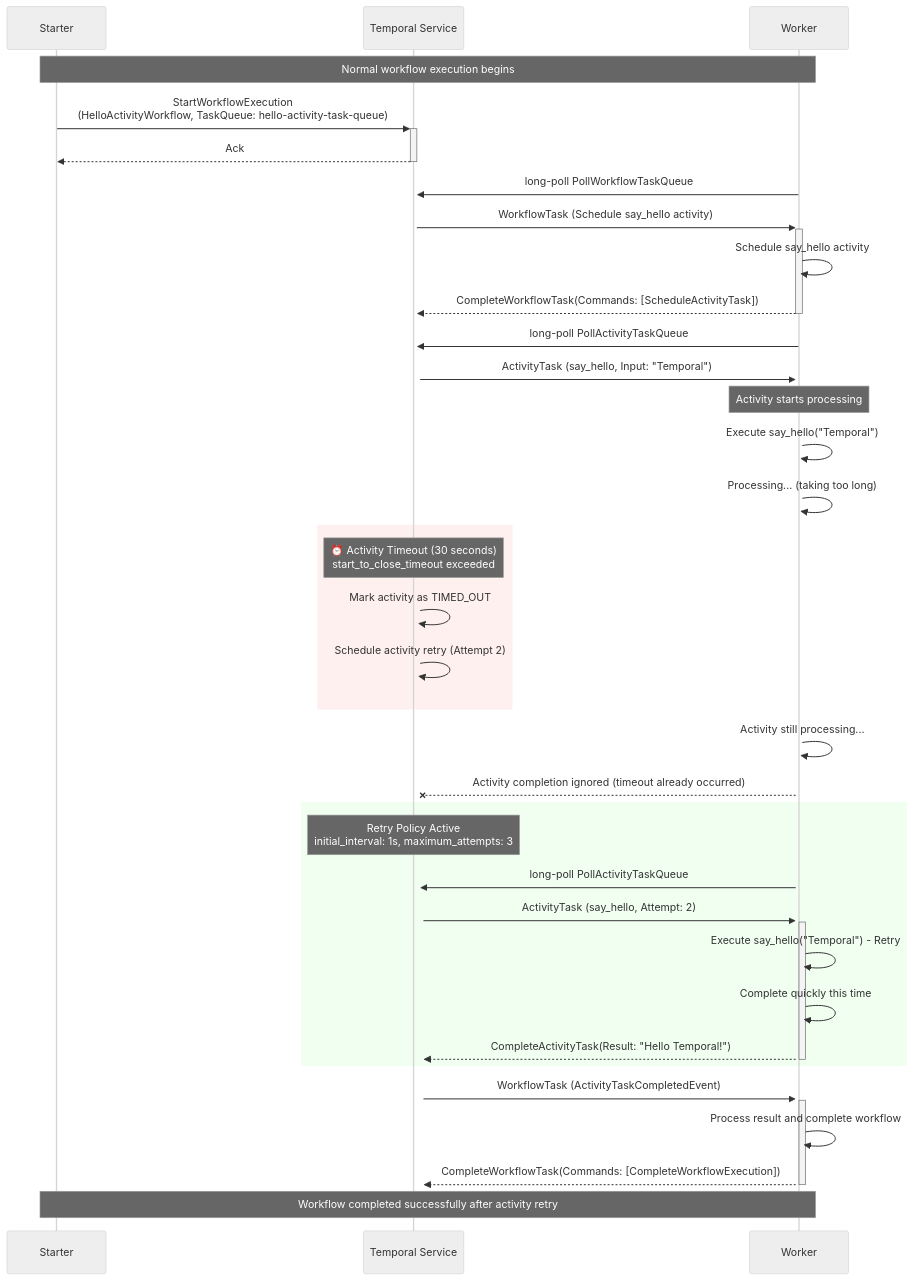
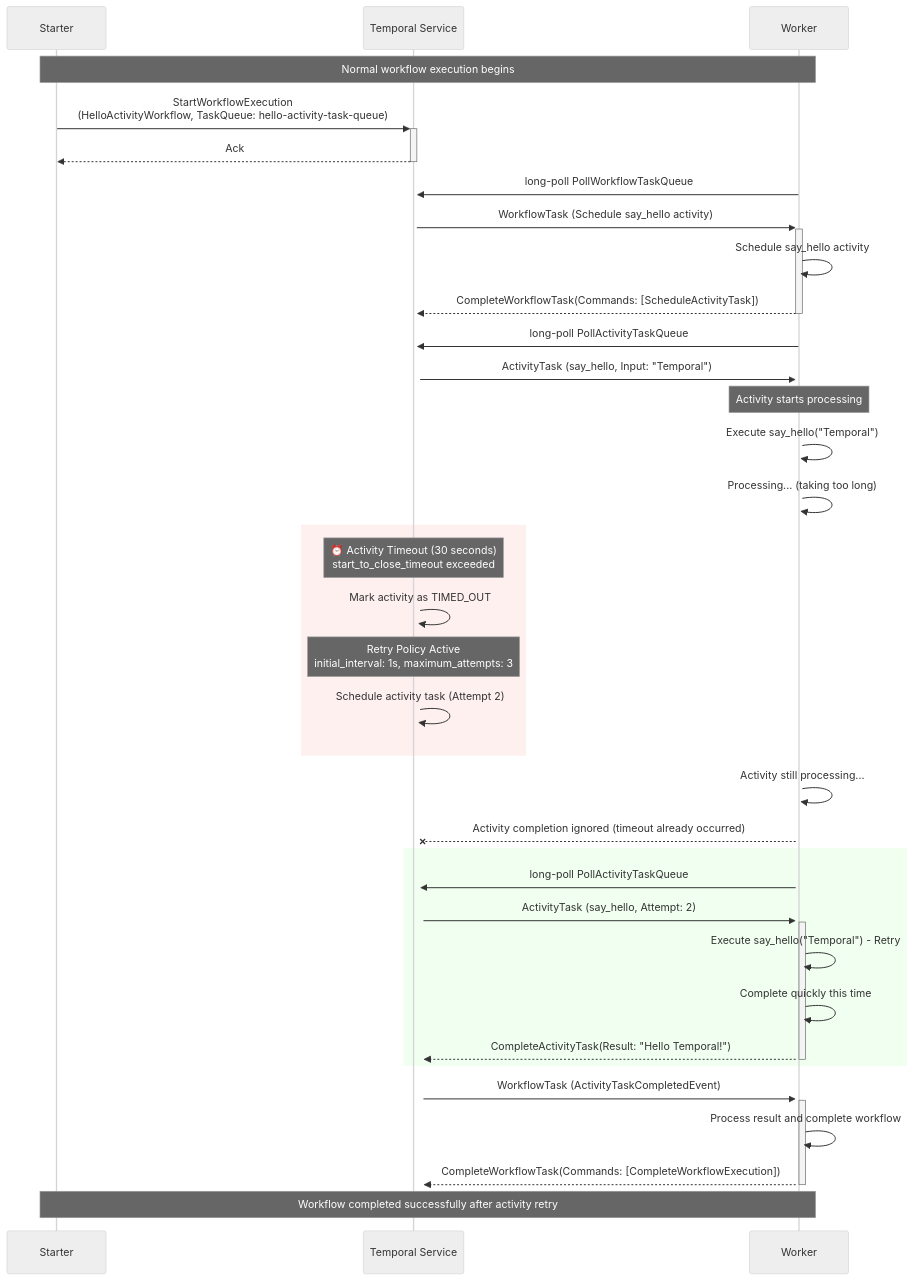
One commit to mfateev/musings changed the first of 3 diagrams in hello-activity/activity-failure-scenarios.md. Above: the diagram before and after it, drawn with Mermaid (neutral theme). The commit also changed other lines of this file, not shown here.

Commit message:
Improved activity-failure-scenarios

````diff
--- a/hello-activity/activity-failure-scenarios.md
+++ b/hello-activity/activity-failure-scenarios.md
@@ -21,49 +21,49 @@
 ```mermaid
 sequenceDiagram
     participant S as Starter
     participant TS as Temporal Service
     participant W as Worker
     
     Note over S,W: Normal workflow execution begins
     
     S->>+TS: StartWorkflowExecution<br/>(HelloActivityWorkflow, TaskQueue: hello-activity-task-queue)
     TS-->>-S: Ack
     
     W->>+TS: long-poll PollWorkflowTaskQueue
     TS->>+W: WorkflowTask (Schedule say_hello activity)
     W->>W: Schedule say_hello activity
     W-->>-TS: CompleteWorkflowTask(Commands: [ScheduleActivityTask])
     
     W->>+TS: long-poll PollActivityTaskQueue
     TS->>+W: ActivityTask (say_hello, Input: "Temporal")
     
     Note over W: Activity starts processing
     W->>W: Execute say_hello("Temporal")
     W->>W: Processing... (taking too long)
     
     rect rgb(255, 240, 240)
         Note over TS: ⏰ Activity Timeout (30 seconds)<br/>start_to_close_timeout exceeded
         TS->>TS: Mark activity as TIMED_OUT
-        TS->>TS: Schedule activity retry (Attempt 2)
+        Note over TS: Retry Policy Active<br/>initial_interval: 1s, maximum_attempts: 3
+        TS->>TS: Schedule activity task (Attempt 2)
 
     end
     
     W->>W: Activity still processing...
     W--X TS: Activity completion ignored (timeout already occurred)
     
     
     rect rgb(240, 255, 240)
-        Note over TS: Retry Policy Active<br/>initial_interval: 1s, maximum_attempts: 3
         W->>+TS: long-poll PollActivityTaskQueue
         TS->>+W: ActivityTask (say_hello, Attempt: 2)
         W->>W: Execute say_hello("Temporal") - Retry
         W->>W: Complete quickly this time
         W-->>-TS: CompleteActivityTask(Result: "Hello Temporal!")
     end
     
     TS->>+W: WorkflowTask (ActivityTaskCompletedEvent)
     W->>W: Process result and complete workflow
     W-->>-TS: CompleteWorkflowTask(Commands: [CompleteWorkflowExecution])
     
     Note over S,W: Workflow completed successfully after activity retry
 ```
````
